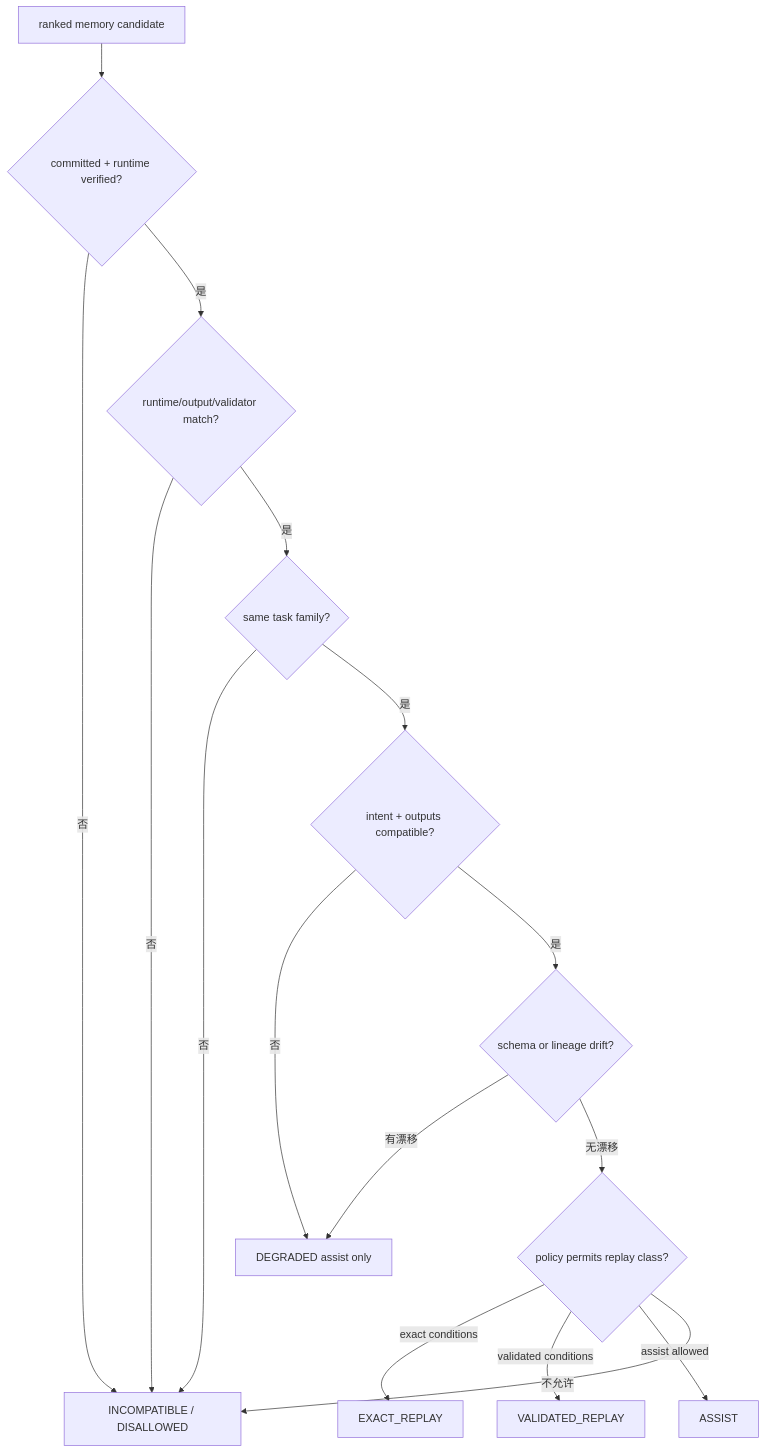
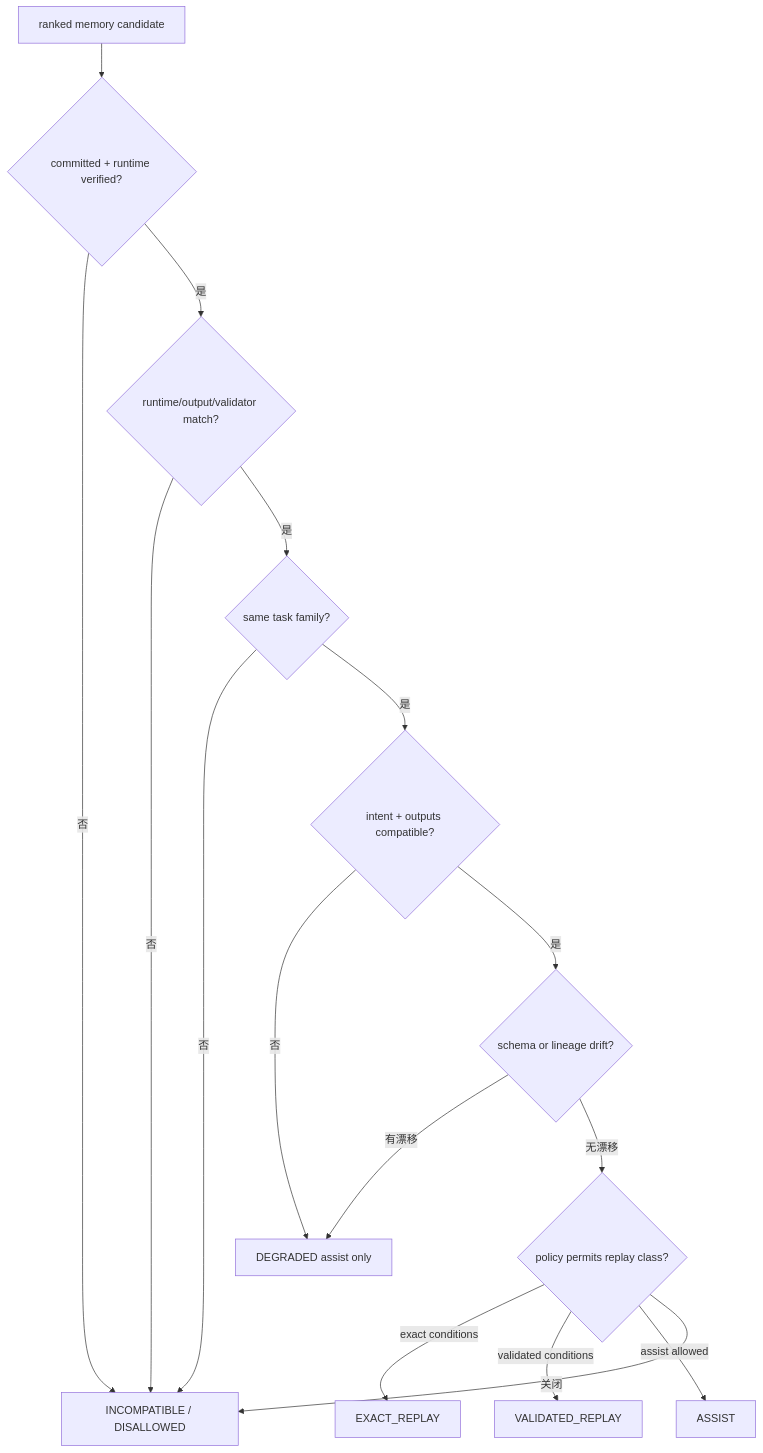
One commit to qcrs/os changed the diagram in docs/implementation/memory/compatibility-and-consumption.md. Above: the diagram before and after it, drawn with Mermaid. The commit also changed other lines of this file and 77 other files, not shown here.

````diff
--- a/docs/implementation/memory/compatibility-and-consumption.md
+++ b/docs/implementation/memory/compatibility-and-consumption.md
@@ -5,18 +7,18 @@
 ```mermaid
 flowchart TD
     C[ranked memory candidate] --> S{committed + runtime verified?}
     S -->|否| X[INCOMPATIBLE / DISALLOWED]
     S -->|是| R{runtime/output/validator match?}
     R -->|否| X
     R -->|是| F{same task family?}
     F -->|否| X
     F -->|是| K{intent + outputs compatible?}
     K -->|否| A[DEGRADED assist only]
     K -->|是| D{schema or lineage drift?}
     D -->|有漂移| A
     D -->|无漂移| P{policy permits replay class?}
     P -->|exact conditions| E[EXACT_REPLAY]
     P -->|validated conditions| V[VALIDATED_REPLAY]
     P -->|assist allowed| AS[ASSIST]
-    P -->|不允许| X
+    P -->|关闭| X
 ```
````
